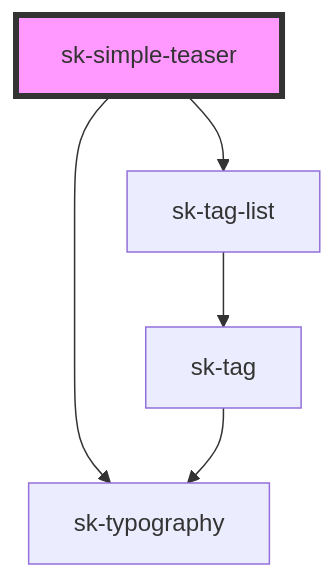
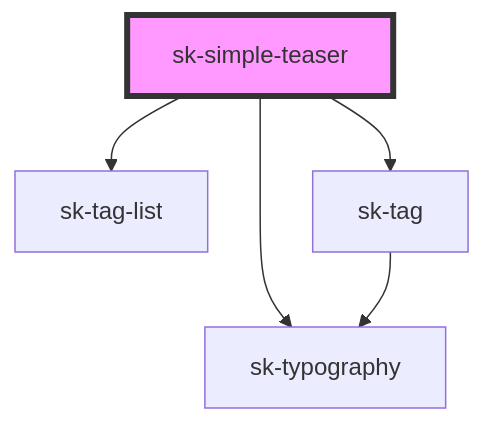
The diagram in stencil/src/components/simple-teaser/readme.md (simonknittel/components), drawn with Mermaid before and after one commit. The commit also changed other lines of this file and 17 other files, not shown here.

Commit message:
Round corners for teasers; BREAKING: Replace items attribte of sk-tag-list with slot; Add new font size

````diff
--- a/stencil/src/components/simple-teaser/readme.md
+++ b/stencil/src/components/simple-teaser/readme.md
@@ -29,8 +30,8 @@
 ```mermaid
 graph TD;
   sk-simple-teaser --> sk-typography
   sk-simple-teaser --> sk-tag-list
-  sk-tag-list --> sk-tag
+  sk-simple-teaser --> sk-tag
   sk-tag --> sk-typography
   style sk-simple-teaser fill:#f9f,stroke:#333,stroke-width:4px
 ```
````
